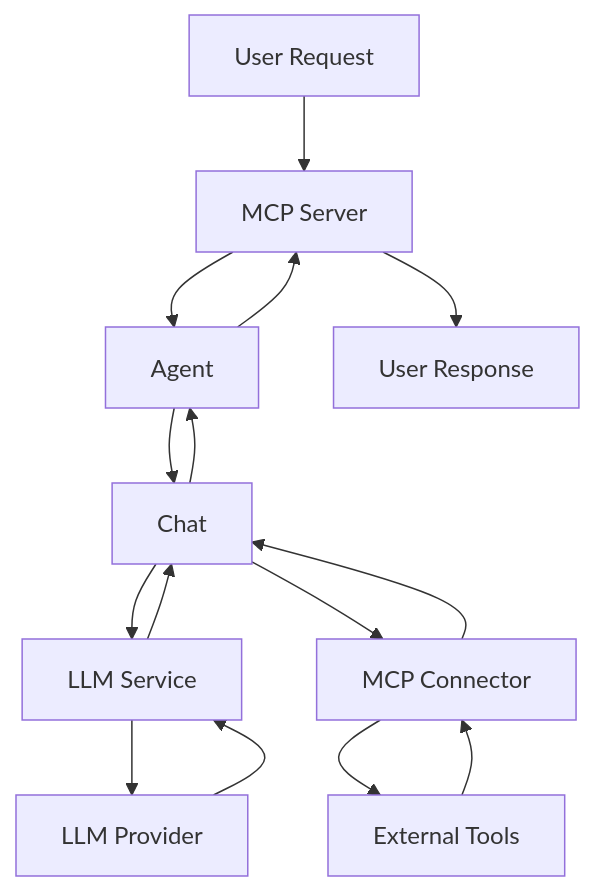
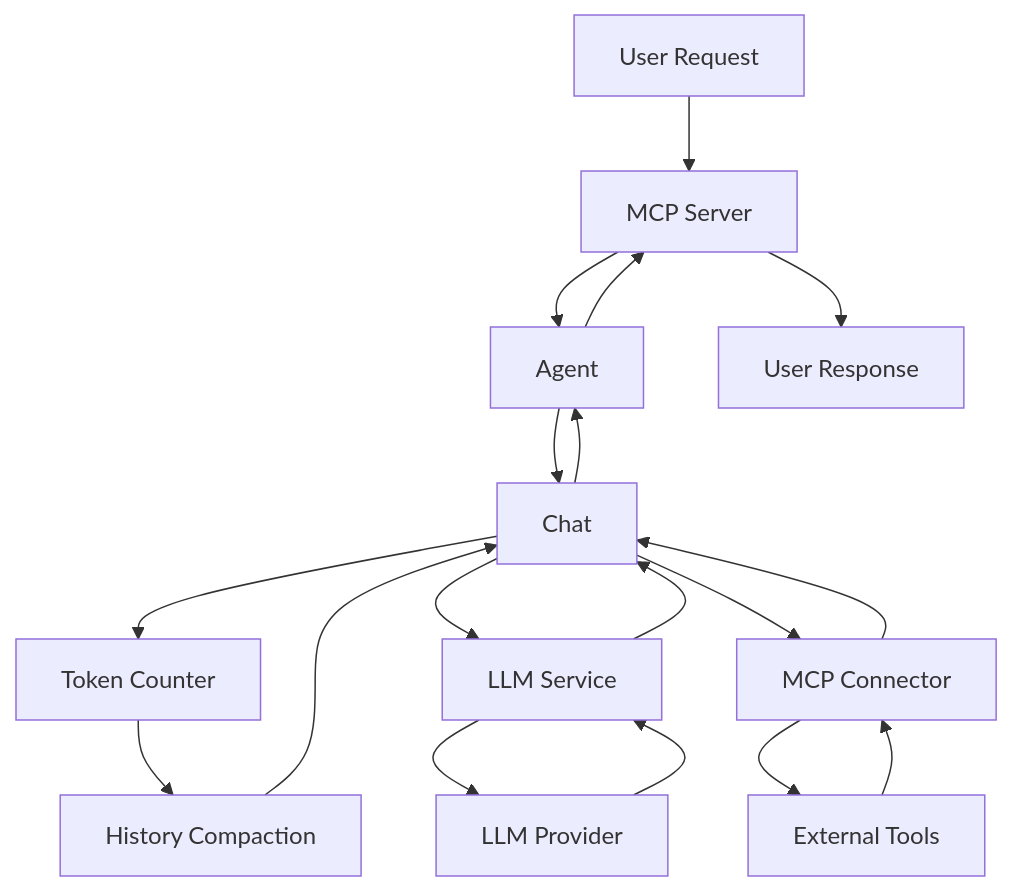
One commit to korchasa/speelka-agent changed the second of 3 diagrams in documents/architecture.md. Above: the diagram before and after it, drawn with Mermaid. The commit also changed other lines of this file and 26 other files, not shown here.

````diff
--- a/documents/architecture.md
+++ b/documents/architecture.md
@@ -81,17 +84,20 @@
 ```mermaid
 graph TD
     A[User Request] --> B[MCP Server]
     B --> C[Agent]
     C --> D[Chat]
+    D --> DA[Token Counter]
+    DA --> DB[History Compaction]
+    DB --> D
     D --> E[LLM Service]
     E --> F[LLM Provider]
     F --> E
     E --> D
     D --> G[MCP Connector]
     G --> H[External Tools]
     H --> G
     G --> D
     D --> C
     C --> B
     B --> I[User Response]
 ```
````
